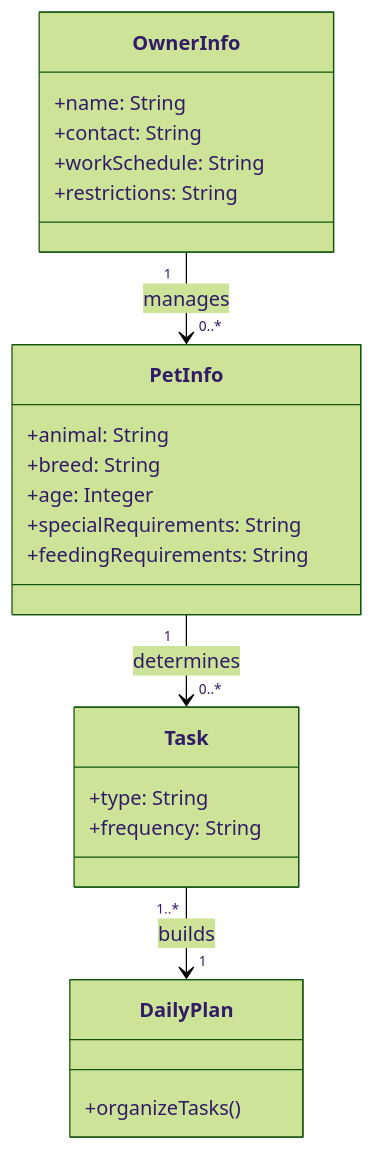
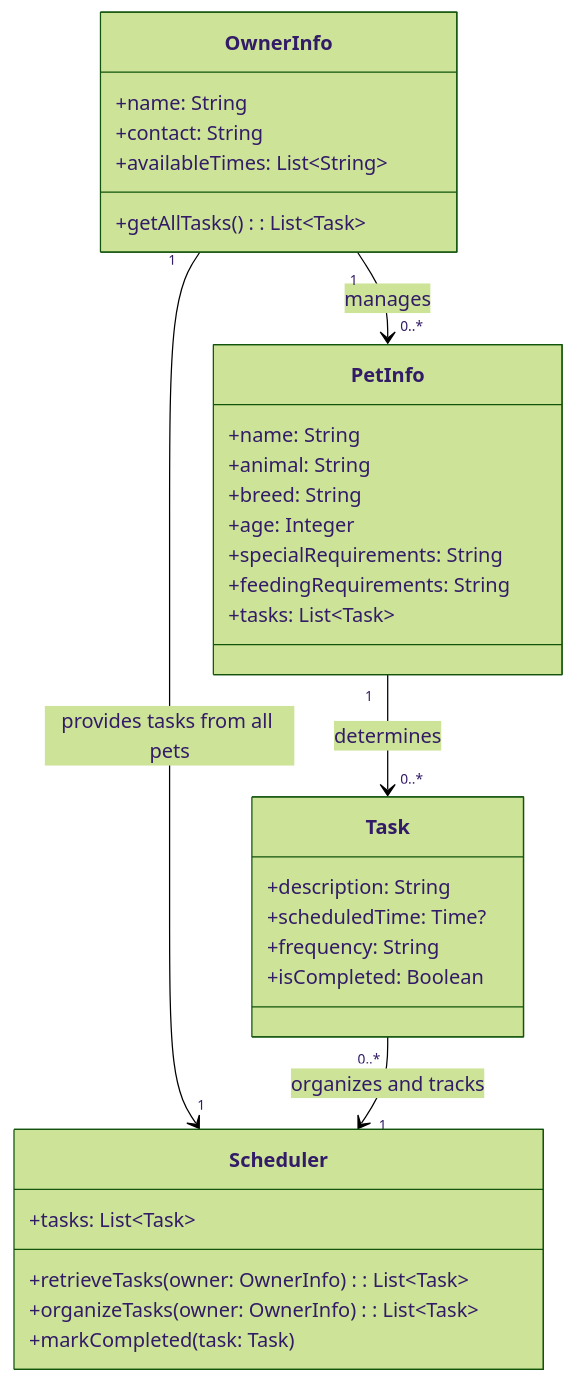
One commit to kimberlyong/ai110-module2show-pawpal-starter changed the diagram in diagrams/uml.mmd. Above: the diagram before and after it, drawn with Mermaid (forest theme). The commit also changed 4 other files, not shown here.

```diff
--- a/diagrams/uml.mmd
+++ b/diagrams/uml.mmd
@@ -1,28 +1,36 @@
 classDiagram
     class OwnerInfo {
         +name: String
         +contact: String
-        +workSchedule: String
-        +restrictions: String
+        +availableTimes: List~String~
+        +getAllTasks(): List~Task~
     }
 
     class PetInfo {
+        +name: String
         +animal: String
         +breed: String
         +age: Integer
         +specialRequirements: String
         +feedingRequirements: String
+        +tasks: List~Task~
     }
 
     class Task {
-        +type: String
+        +description: String
+        +scheduledTime: Time?
         +frequency: String
+        +isCompleted: Boolean
     }
 
-    class DailyPlan {
-        +organizeTasks()
+    class Scheduler {
+        +tasks: List~Task~
+        +retrieveTasks(owner: OwnerInfo): List~Task~
+        +organizeTasks(owner: OwnerInfo): List~Task~
+        +markCompleted(task: Task)
     }
 
     OwnerInfo "1" --> "0..*" PetInfo : manages
     PetInfo "1" --> "0..*" Task : determines
-    Task "1..*" --> "1" DailyPlan : builds
+    OwnerInfo "1" --> "1" Scheduler : provides tasks from all pets
+    Task "0..*" --> "1" Scheduler : organizes and tracks
```
